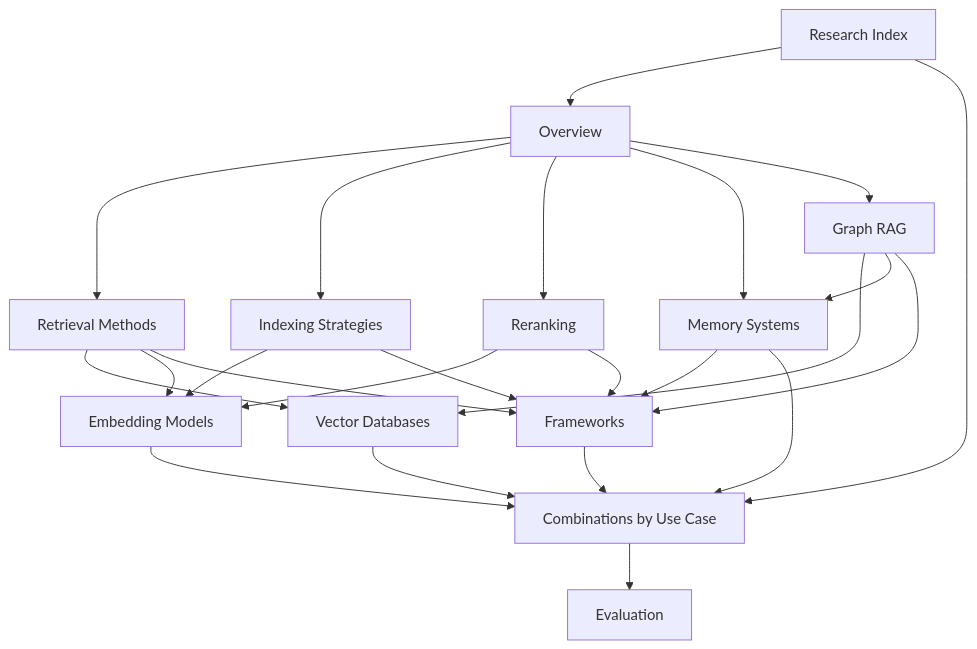
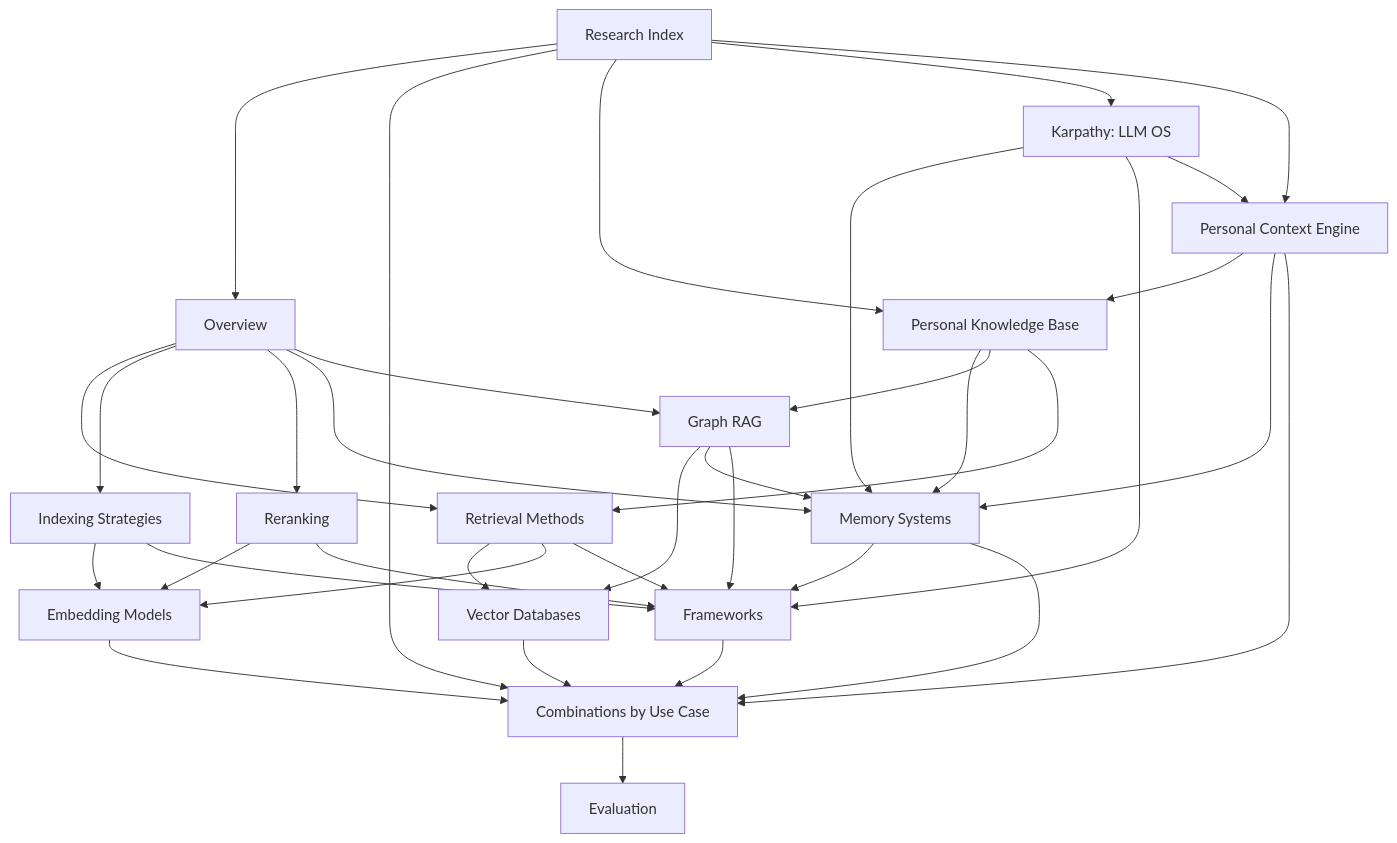
Before and after one commit to RavellerH/NEXUS: the diagram in docs/research/INDEX.md, drawn with Mermaid. The commit also changed other lines of this file and 10 other files, not shown here.

First line of the commit message:
Add personal context engine research cluster (3 MD files + personal.html)

````diff
--- a/docs/research/INDEX.md
+++ b/docs/research/INDEX.md
@@ -33,32 +36,46 @@
 ```mermaid
 graph TD
     IDX[Research Index] --> OV[Overview]
     IDX --> COMB[Combinations by Use Case]
 
     OV --> RET[Retrieval Methods]
     OV --> IDX2[Indexing Strategies]
     OV --> RNK[Reranking]
     OV --> MEM[Memory Systems]
 
     RET --> VDBS[Vector Databases]
     RET --> EMB[Embedding Models]
     IDX2 --> EMB
     RNK --> EMB
 
     OV --> GR[Graph RAG]
     GR --> VDBS
     GR --> MEM
 
     RET --> FW[Frameworks]
     IDX2 --> FW
     RNK --> FW
     GR --> FW
     MEM --> FW
 
     FW --> COMB
     EMB --> COMB
     VDBS --> COMB
     MEM --> COMB
 
     COMB --> EVAL[Evaluation]
+
+    IDX --> PKB[Personal Knowledge Base]
+    IDX --> KARP[Karpathy: LLM OS]
+    IDX --> PCE[Personal Context Engine]
+
+    PKB --> MEM
+    PKB --> GR
+    PKB --> RET
+    KARP --> MEM
+    KARP --> FW
+    KARP --> PCE
+    PCE --> PKB
+    PCE --> MEM
+    PCE --> COMB
 ```
````
